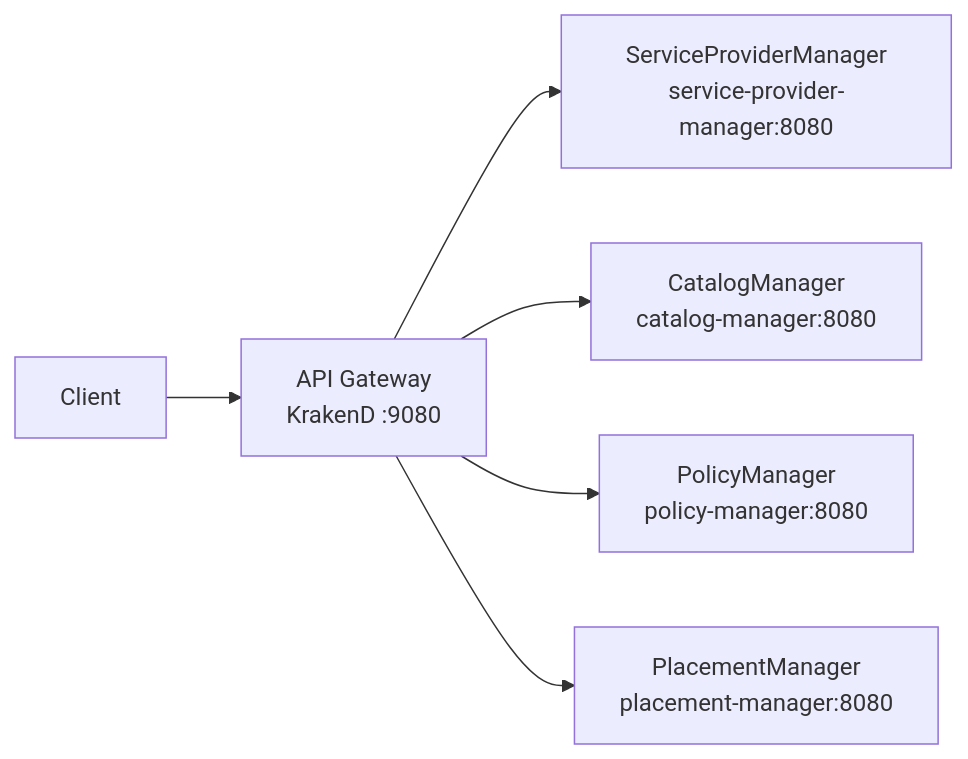
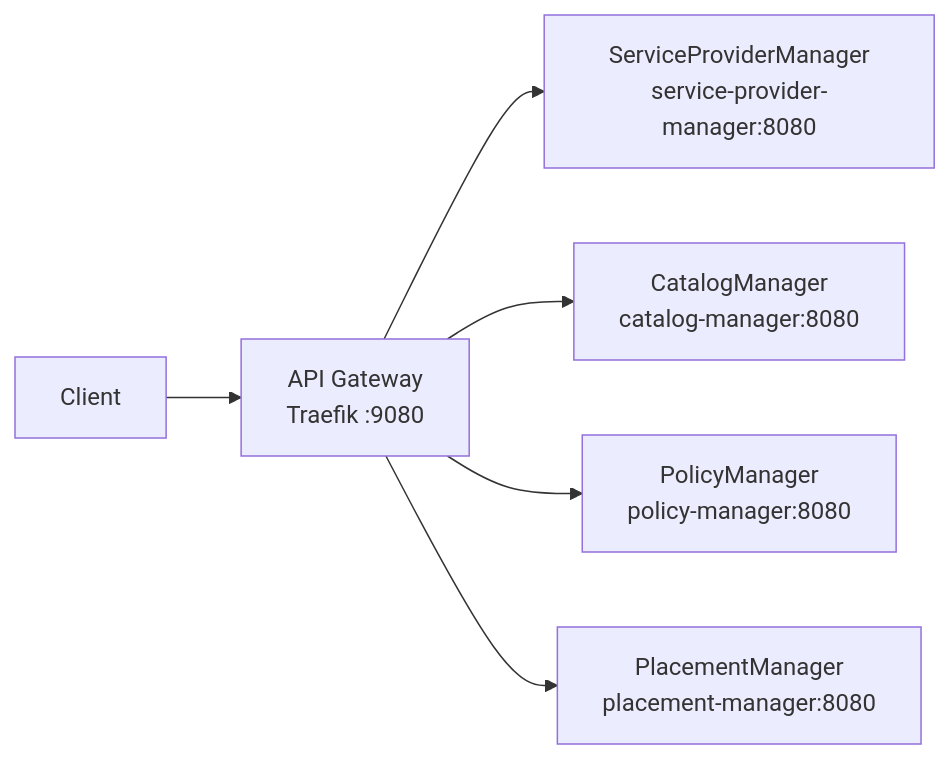
One commit to dcm-project/api-gateway changed the diagram in README.md. Above: the diagram before and after it, drawn with Mermaid. The commit also changed other lines of this file and 8 other files, not shown here.

First line of the commit message:
feat: migrate API gateway from KrakenD to Traefik (#19)

````diff
--- a/README.md
+++ b/README.md
@@ -12,8 +12,8 @@
 ```mermaid
 flowchart LR
-  Client --> Gateway["API Gateway<br>KrakenD :9080"]
+  Client --> Gateway["API Gateway<br>Traefik :9080"]
   Gateway --> SPM["ServiceProviderManager<br>service-provider-manager:8080"]
   Gateway --> Catalog["CatalogManager<br>catalog-manager:8080"]
   Gateway --> Policy["PolicyManager<br>policy-manager:8080"]
   Gateway --> Placement["PlacementManager<br>placement-manager:8080"]
 ```
````
